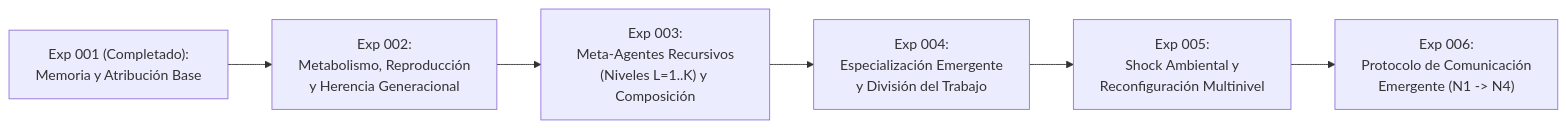
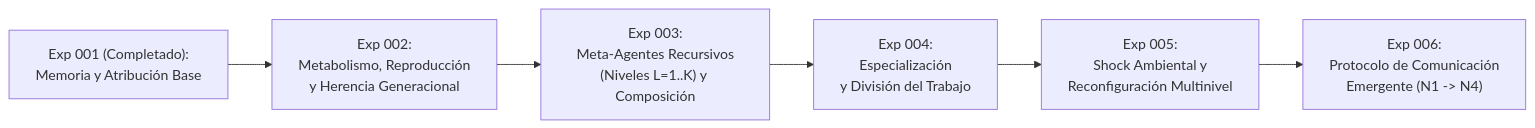
The second of 2 diagrams in DOCUMENTO_FUNDACIONAL.md (Jorge-Guli/IDE), drawn with Mermaid before and after one commit. The commit also changed other lines of this file and 10 other files, not shown here.

````diff
--- a/DOCUMENTO_FUNDACIONAL.md
+++ b/DOCUMENTO_FUNDACIONAL.md
@@ -139,8 +139,8 @@
 ```mermaid
 flowchart LR
     E001["Exp 001 (Completado):\nMemoria y Atribución Base"] --> E002["Exp 002:\nMetabolismo, Reproducción\ny Herencia Generacional"]
     E002 --> E003["Exp 003:\nMeta-Agentes Recursivos\n(Niveles L=1..K) y Composición"]
-    E003 --> E004["Exp 004:\nEspecialización Emergente\ny División del Trabajo"]
+    E003 --> E004["Exp 004:\nEspecialización\ny División del Trabajo"]
     E004 --> E005["Exp 005:\nShock Ambiental y\nReconfiguración Multinivel"]
     E005 --> E006["Exp 006:\nProtocolo de Comunicación\nEmergente (N1 -> N4)"]
 ```
````
